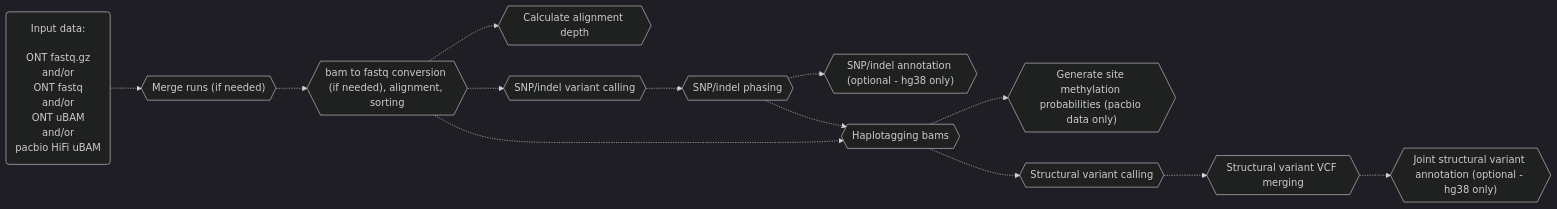
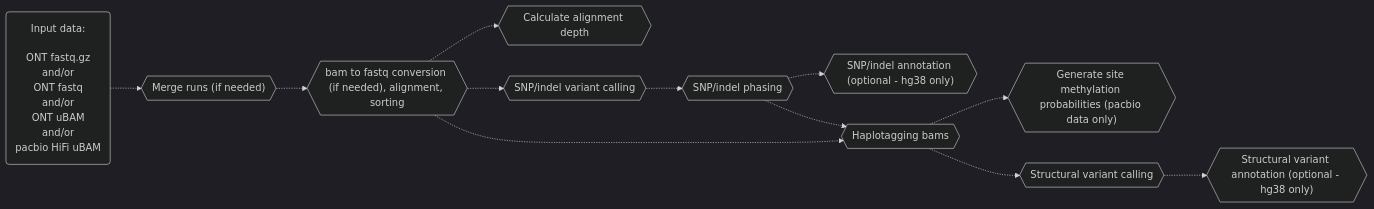
The first of 4 diagrams in README.md (leahkemp/pipeface), drawn with Mermaid before and after one commit.

Commit message:
fix mermaid diagram

````diff
--- a/README.md
+++ b/README.md
@@ -21,24 +21,23 @@
 ```mermaid
 %%{init: {'theme':'dark'}}%%
 flowchart LR
 
 input_data("Input data: <br><br> ONT fastq.gz <br> and/or <br> ONT fastq <br> and/or <br> ONT uBAM <br> and/or <br> pacbio HiFi uBAM")
 merging{{"Merge runs (if needed)"}}
 alignment{{"bam to fastq conversion (if needed), alignment, sorting"}}
 depth{{"Calculate alignment depth"}}
 snp_indel_calling{{"SNP/indel variant calling"}}
 snp_indel_phasing{{"SNP/indel phasing"}}
 snp_indel_annotation{{"SNP/indel annotation (optional - hg38 only)"}}
 haplotagging{{"Haplotagging bams"}}
 generate_meth_probs{{"Generate site methylation probabilities (pacbio data only)"}}
 sv_calling{{"Structural variant calling"}}
-sv_vcf_merging{{"Structural variant VCF merging"}}
-joint_sv_annotation{{"Joint structural variant annotation (optional - hg38 only)"}}
+sv_annotation{{"Structural variant annotation (optional - hg38 only)"}}
 
 input_data-.->merging-.->alignment-.->snp_indel_calling-.->snp_indel_phasing-.->haplotagging-.->sv_calling
 alignment-.->depth
 alignment-.->haplotagging
 haplotagging-.->generate_meth_probs
 snp_indel_phasing-.->snp_indel_annotation
-sv_calling-.->sv_vcf_merging-.->joint_sv_annotation
+sv_calling-.->sv_annotation
 ```
````
